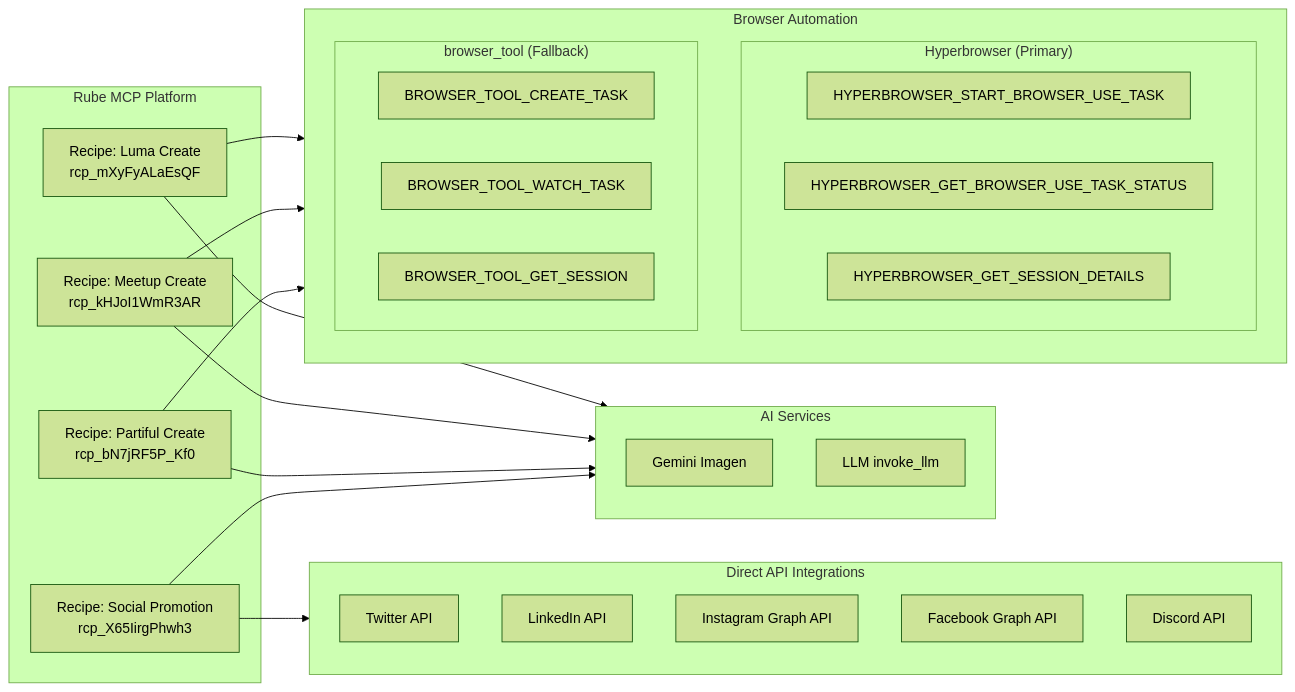
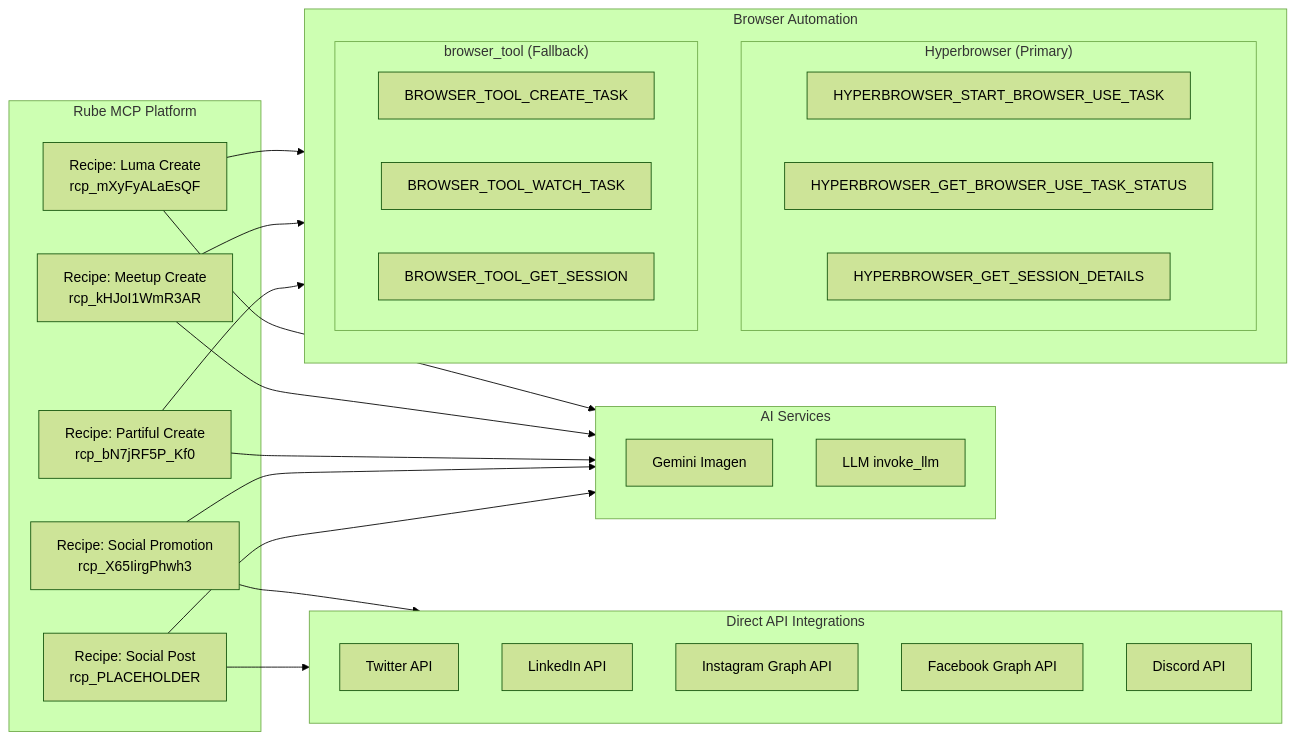
Before and after one commit to Coffee-Code-Philly-Accelerator/CCP-Digital-Marketing: the second of 6 diagrams in README.md, drawn with Mermaid (forest theme). The commit also changed other lines of this file and 5 other files, not shown here.

First line of the commit message:
Add generic social post recipe for non-event content

````diff
--- a/README.md
+++ b/README.md
@@ -62,40 +63,43 @@
 ```mermaid
 flowchart LR
     subgraph Rube["Rube MCP Platform"]
         R1[Recipe: Luma Create<br/>rcp_mXyFyALaEsQF]
         R2[Recipe: Meetup Create<br/>rcp_kHJoI1WmR3AR]
         R3[Recipe: Partiful Create<br/>rcp_bN7jRF5P_Kf0]
         R4[Recipe: Social Promotion<br/>rcp_X65IirgPhwh3]
+        R5[Recipe: Social Post<br/>rcp_PLACEHOLDER]
     end
 
     subgraph Browser["Browser Automation"]
         subgraph HB["Hyperbrowser (Primary)"]
             BA1[HYPERBROWSER_START_BROWSER_USE_TASK]
             BB1[HYPERBROWSER_GET_BROWSER_USE_TASK_STATUS]
             BC1[HYPERBROWSER_GET_SESSION_DETAILS]
         end
         subgraph BT["browser_tool (Fallback)"]
             BA2[BROWSER_TOOL_CREATE_TASK]
             BB2[BROWSER_TOOL_WATCH_TASK]
             BC2[BROWSER_TOOL_GET_SESSION]
         end
     end
 
     subgraph APIs["Direct API Integrations"]
         API1[Twitter API]
         API2[LinkedIn API]
         API3[Instagram Graph API]
         API4[Facebook Graph API]
         API5[Discord API]
     end
 
     subgraph AI["AI Services"]
         AI1[Gemini Imagen]
         AI2[LLM invoke_llm]
     end
 
     R1 & R2 & R3 --> Browser
     R1 & R2 & R3 --> AI
     R4 --> APIs
     R4 --> AI
+    R5 --> APIs
+    R5 --> AI
 ```
````
